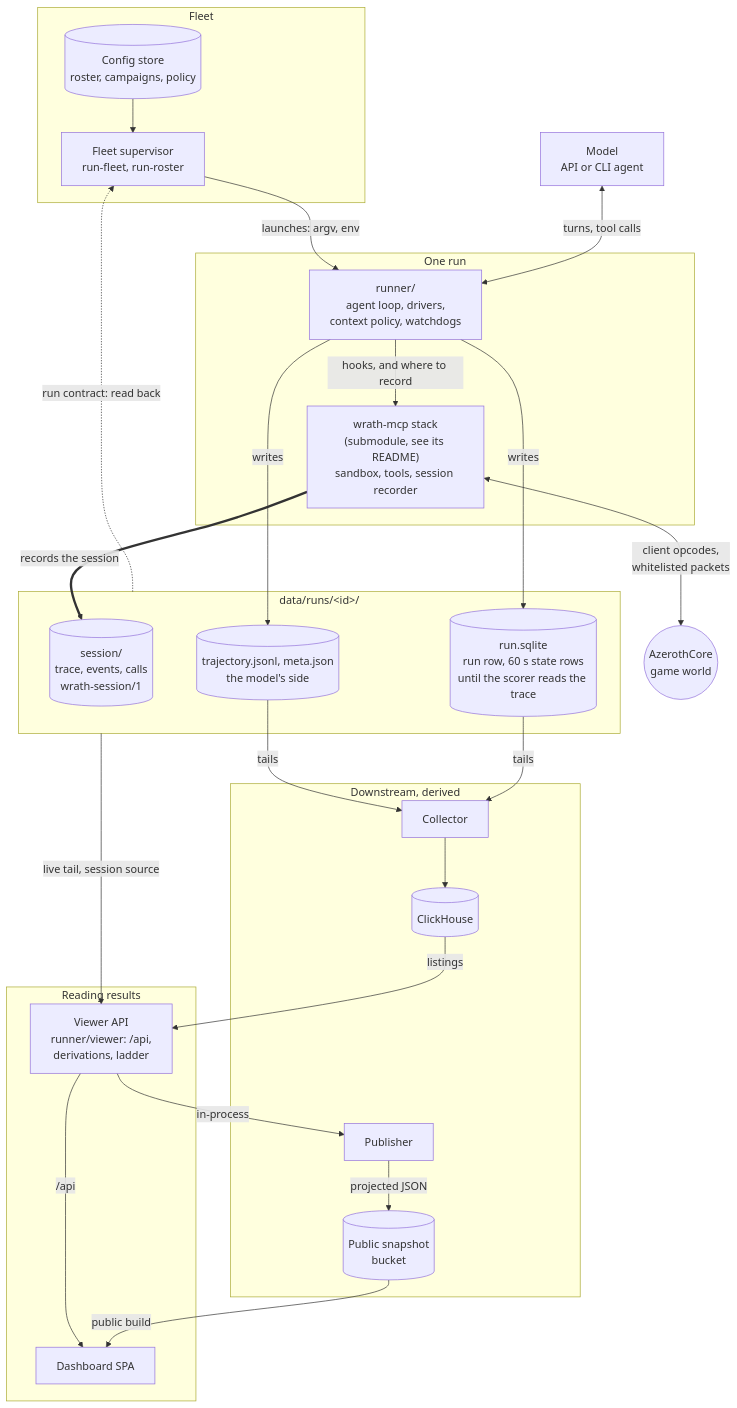
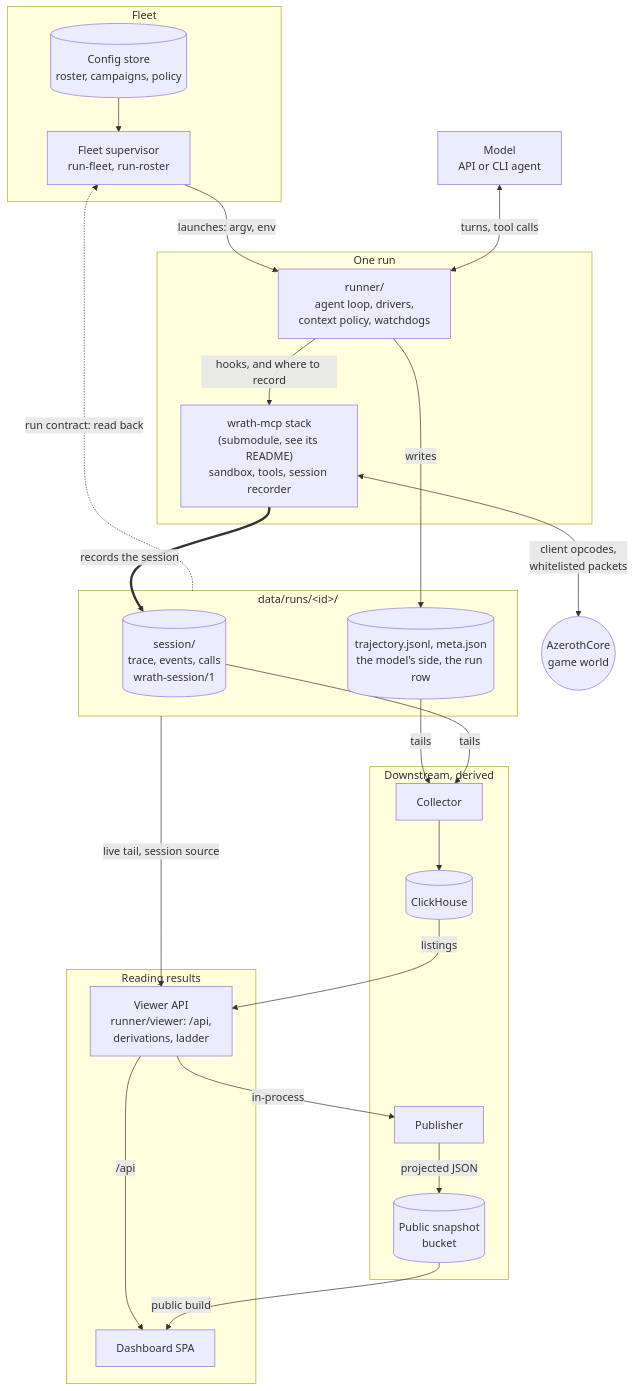
Before and after one commit to Shard/WrathBench: the diagram in README.md, drawn with Mermaid. The commit also changed 66 other files, not shown here.

First line of the commit message:
runner, viewer, inspect: a v1 run is meta.json, trajectory.jsonl and session/, with no run.sqlite

````diff
--- a/README.md
+++ b/README.md
@@ -16,53 +16,51 @@
 ```mermaid
 flowchart TB
     subgraph fleet["Fleet"]
         store[("Config store<br/>roster, campaigns, policy")]
         supervisor["Fleet supervisor<br/>run-fleet, run-roster"]
     end
 
     model["Model<br/>API or CLI agent"]
 
     subgraph run["One run"]
         runner["runner/<br/>agent loop, drivers,<br/>context policy, watchdogs"]
         stack["wrath-mcp stack<br/>(submodule, see its README)<br/>sandbox, tools, session recorder"]
     end
 
     world(("AzerothCore<br/>game world"))
 
     subgraph records["data/runs/#lt;id#gt;/"]
         session[("session/<br/>trace, events, calls<br/>wrath-session/1")]
-        trajectory[("trajectory.jsonl, meta.json<br/>the model's side")]
-        rundb[("run.sqlite<br/>run row, 60 s state rows<br/>until the scorer reads the trace")]
+        trajectory[("trajectory.jsonl, meta.json<br/>the model's side, the run row")]
     end
 
     subgraph view["Reading results"]
         viewer["Viewer API<br/>runner/viewer: /api,<br/>derivations, ladder"]
         dashboard["Dashboard SPA"]
     end
 
     subgraph downstream["Downstream, derived"]
         collector["Collector"]
         clickhouse[("ClickHouse")]
         publisher["Publisher"]
         bucket[("Public snapshot<br/>bucket")]
     end
 
     store --> supervisor
     supervisor -->|"launches: argv, env"| runner
     model <-->|"turns, tool calls"| runner
     runner -->|"hooks, and where to record"| stack
     stack <-->|"client opcodes,<br/>whitelisted packets"| world
     stack ==>|"records the session"| session
     runner -->|"writes"| trajectory
-    runner -->|"writes"| rundb
     records -.->|"run contract: read back"| supervisor
     trajectory -->|"tails"| collector
-    rundb -->|"tails"| collector
+    session -->|"tails"| collector
     collector --> clickhouse
     clickhouse -->|"listings"| viewer
     records -->|"live tail, session source"| viewer
     viewer -->|"/api"| dashboard
     viewer -->|"in-process"| publisher
     publisher -->|"projected JSON"| bucket
     bucket -->|"public build"| dashboard
 ```
````
